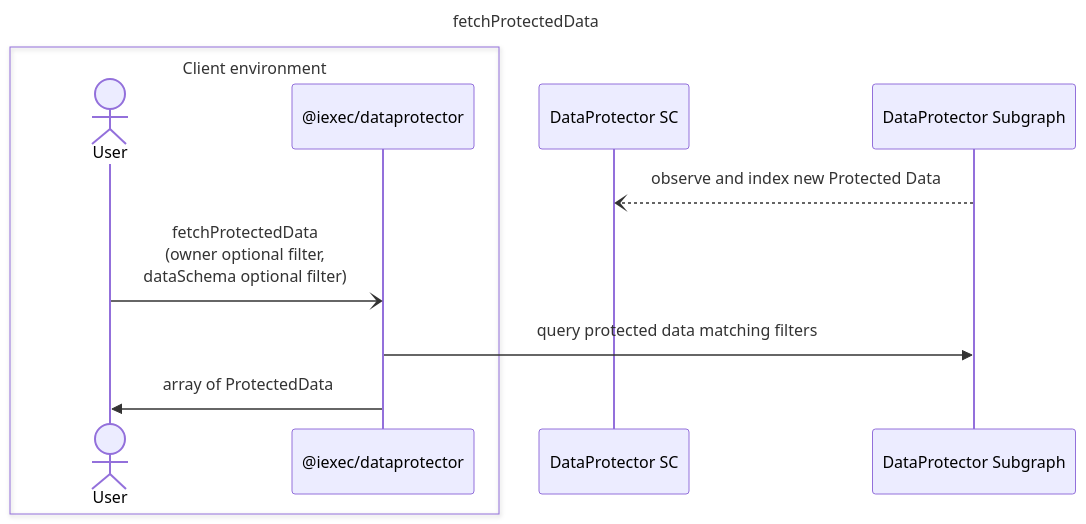
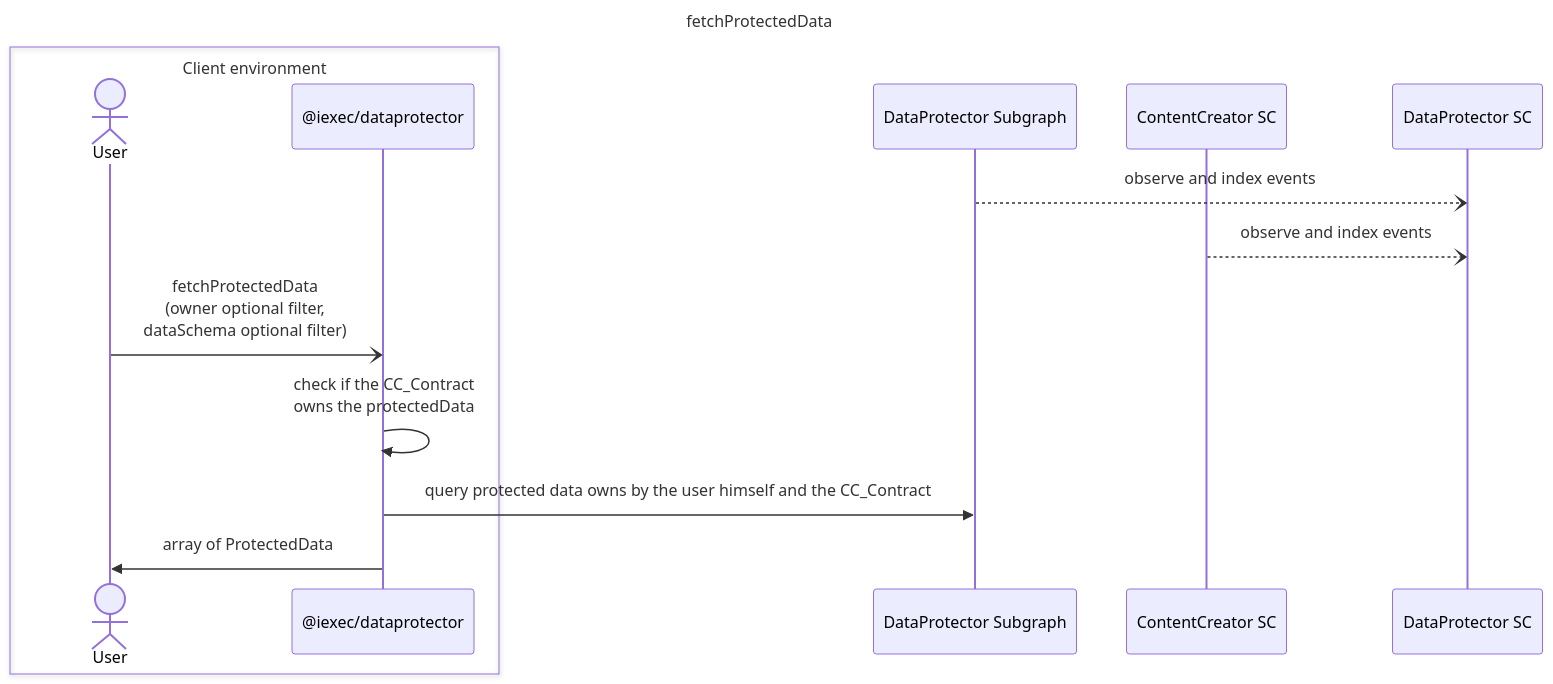
Before and after one commit to iExecBlockchainComputing/dataprotector-sdk: the diagram in technical-design/uml/sequence-fetchProtectedData.md, drawn with Mermaid.

Commit message:
adapt architecture of fetchProtectedData

````diff
--- a/technical-design/uml/sequence-fetchProtectedData.md
+++ b/technical-design/uml/sequence-fetchProtectedData.md
@@ -3,20 +3,25 @@
 ```mermaid
 sequenceDiagram
     title fetchProtectedData
 
     box Client environment
         actor User
         participant SDK as @iexec/dataprotector
     end
 
+    participant DPSG as DataProtector Subgraph
+    participant CCSC as ContentCreator SC
     participant DPSC as DataProtector SC
-    participant DPSG as DataProtector Subgraph
 
-    DPSG --) DPSC: observe and index new Protected Data
+    DPSG --) DPSC: observe and index events
+    CCSC --) DPSC: observe and index events
 
     User -) SDK: fetchProtectedData<br>(owner optional filter,<br>dataSchema optional filter)
 
-    SDK ->> DPSG: query protected data matching filters
+    SDK ->> SDK: check if the CC_Contract <br> owns the protectedData
+
+
+    SDK ->> DPSG: query protected data owns by the user himself and the CC_Contract
 
     SDK ->> User: array of ProtectedData
 ```
````
